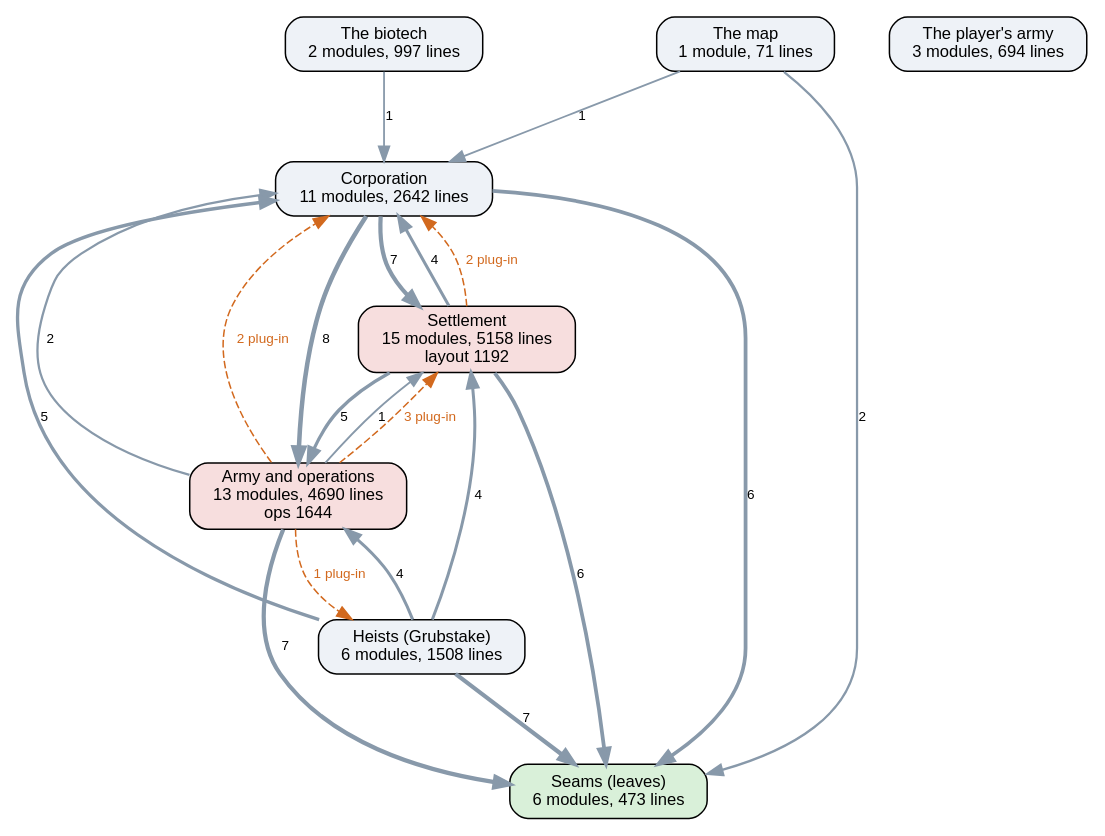
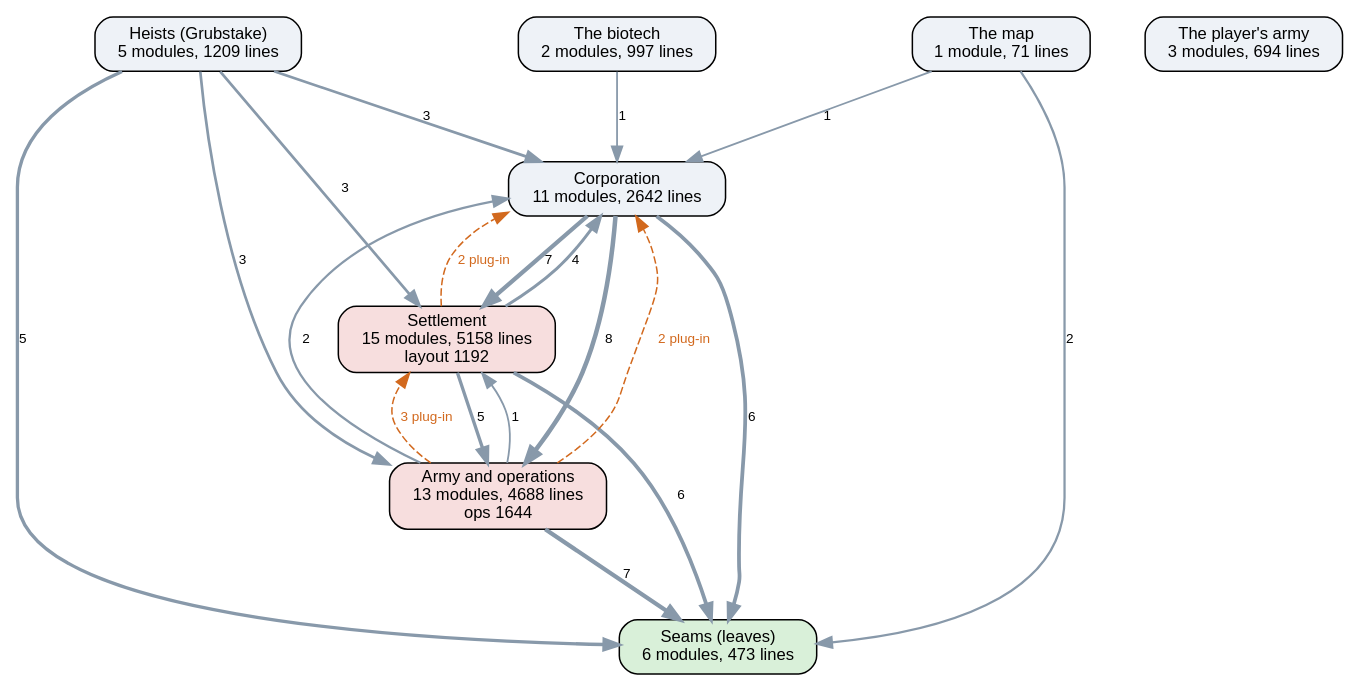
Before and after one commit to kinelhu/landing-party: the diagram in docs/ai-layers.dot, drawn with Graphviz. The commit also changed 30 other files, not shown here.

```diff
--- a/docs/ai-layers.dot
+++ b/docs/ai-layers.dot
@@ -1,33 +1,32 @@
 digraph layers {
   graph [rankdir=TB, fontname="Helvetica", nodesep=0.5, ranksep=0.7];
   node [shape=box, style="rounded,filled", fontname="Helvetica", fontsize=11, fillcolor="#eef2f7"];
   edge [color="#8899aa", fontname="Helvetica", fontsize=9];
   "Seams (leaves)" [label="Seams (leaves)\n6 modules, 473 lines", fillcolor="#d9f0d9"];
   "Corporation" [label="Corporation\n11 modules, 2642 lines", fillcolor="#eef2f7"];
   "Settlement" [label="Settlement\n15 modules, 5158 lines\nlayout 1192", fillcolor="#f7dede"];
-  "Army and operations" [label="Army and operations\n13 modules, 4690 lines\nops 1644", fillcolor="#f7dede"];
-  "Heists (Grubstake)" [label="Heists (Grubstake)\n6 modules, 1508 lines", fillcolor="#eef2f7"];
+  "Army and operations" [label="Army and operations\n13 modules, 4688 lines\nops 1644", fillcolor="#f7dede"];
+  "Heists (Grubstake)" [label="Heists (Grubstake)\n5 modules, 1209 lines", fillcolor="#eef2f7"];
   "The biotech" [label="The biotech\n2 modules, 997 lines", fillcolor="#eef2f7"];
   "The map" [label="The map\n1 module, 71 lines", fillcolor="#eef2f7"];
   "The player's army" [label="The player's army\n3 modules, 694 lines", fillcolor="#eef2f7"];
   "Army and operations" -> "Corporation" [label="2", penwidth=1.5];
   "Army and operations" -> "Seams (leaves)" [label="7", penwidth=2.8];
   "Army and operations" -> "Settlement" [label="1", penwidth=1.2];
   "Corporation" -> "Army and operations" [label="8", penwidth=3.0];
   "Corporation" -> "Seams (leaves)" [label="6", penwidth=2.5];
   "Corporation" -> "Settlement" [label="7", penwidth=2.8];
-  "Heists (Grubstake)" -> "Army and operations" [label="4", penwidth=2.0];
-  "Heists (Grubstake)" -> "Corporation" [label="5", penwidth=2.2];
-  "Heists (Grubstake)" -> "Seams (leaves)" [label="7", penwidth=2.8];
-  "Heists (Grubstake)" -> "Settlement" [label="4", penwidth=2.0];
+  "Heists (Grubstake)" -> "Army and operations" [label="3", penwidth=1.8];
+  "Heists (Grubstake)" -> "Corporation" [label="3", penwidth=1.8];
+  "Heists (Grubstake)" -> "Seams (leaves)" [label="5", penwidth=2.2];
+  "Heists (Grubstake)" -> "Settlement" [label="3", penwidth=1.8];
   "Settlement" -> "Army and operations" [label="5", penwidth=2.2];
   "Settlement" -> "Corporation" [label="4", penwidth=2.0];
   "Settlement" -> "Seams (leaves)" [label="6", penwidth=2.5];
   "The biotech" -> "Corporation" [label="1", penwidth=1.2];
   "The map" -> "Corporation" [label="1", penwidth=1.2];
   "The map" -> "Seams (leaves)" [label="2", penwidth=1.5];
   "Army and operations" -> "Corporation" [style=dashed, color="#d2691e", fontcolor="#d2691e", label="2 plug-in"];
-  "Army and operations" -> "Heists (Grubstake)" [style=dashed, color="#d2691e", fontcolor="#d2691e", label="1 plug-in"];
   "Army and operations" -> "Settlement" [style=dashed, color="#d2691e", fontcolor="#d2691e", label="3 plug-in"];
   "Settlement" -> "Corporation" [style=dashed, color="#d2691e", fontcolor="#d2691e", label="2 plug-in"];
 }
```
